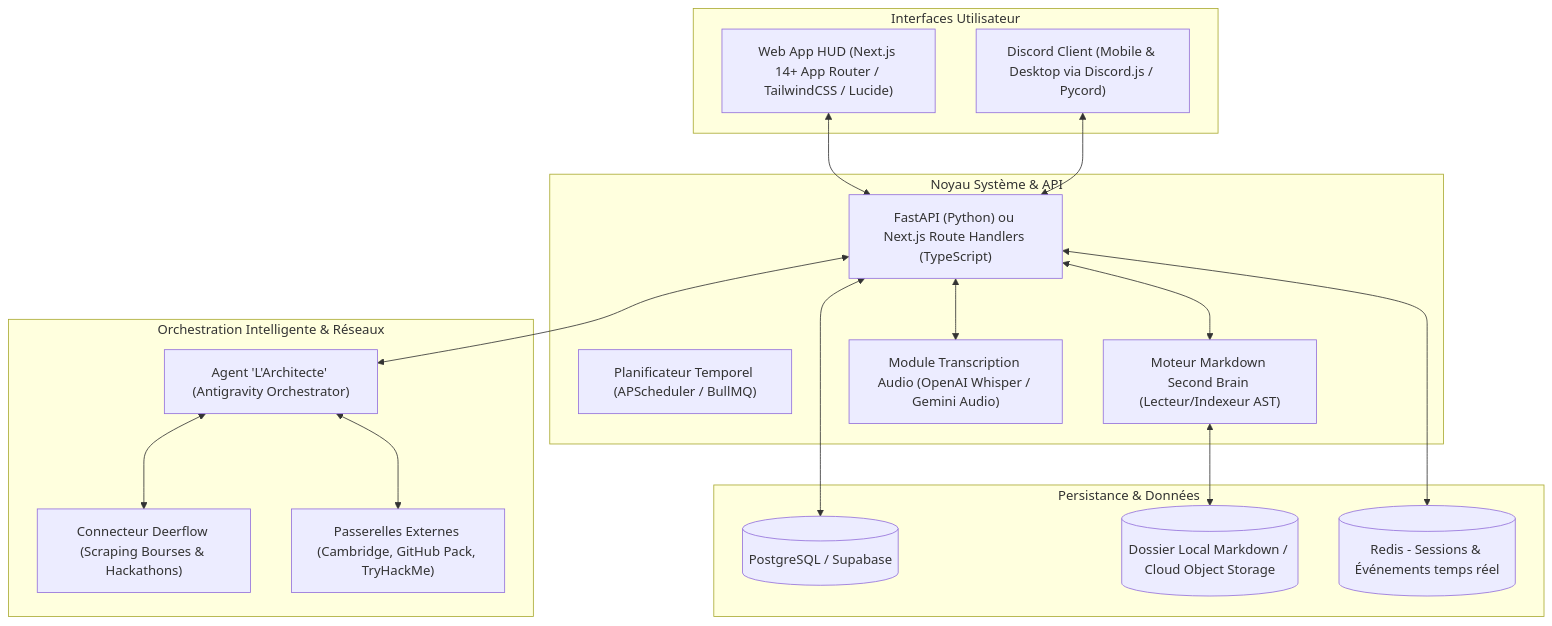
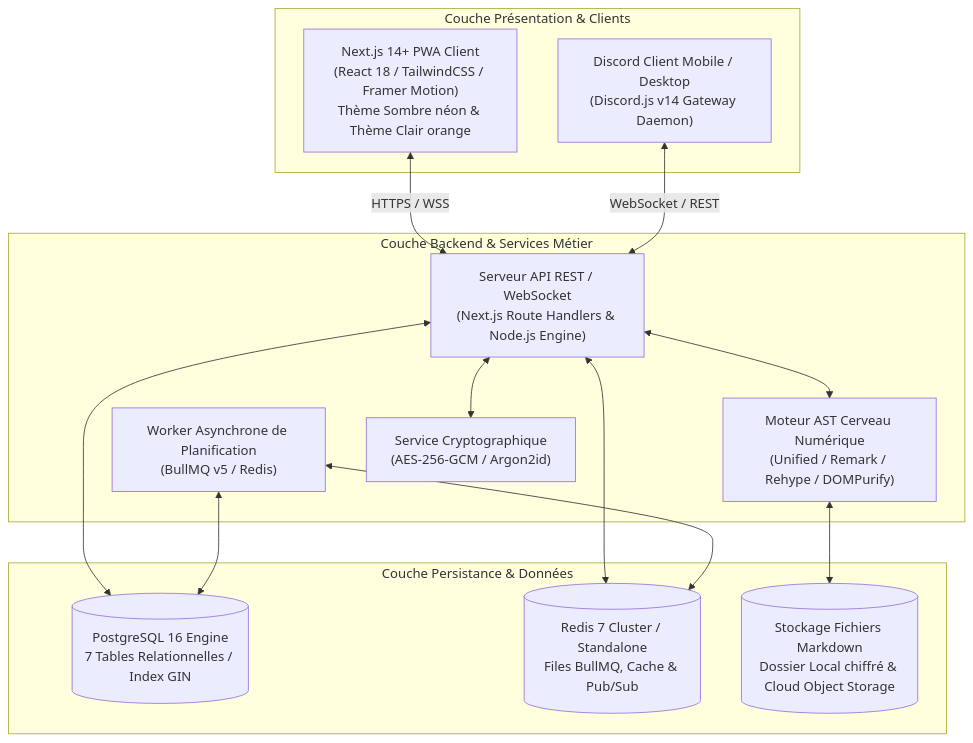
One commit to GeovanioH/LevelUp changed the second of 4 diagrams in docs/02-TRD.md. Above: the diagram before and after it, drawn with Mermaid. The commit also changed other lines of this file and 11 other files, not shown here.

Commit message:
docs: massively expand all foundational specs, architecture diagrams, Prisma schema, and test protocols

````diff
--- a/docs/02-TRD.md
+++ b/docs/02-TRD.md
@@ -11,37 +53,30 @@
 ```mermaid
 flowchart TD
-    subgraph Clients ["Interfaces Utilisateur"]
-        WebHUD["Web App HUD (Next.js 14+ App Router / TailwindCSS / Lucide)"]
-        DiscordClient["Discord Client (Mobile & Desktop via Discord.js / Pycord)"]
+    subgraph ClientTier ["Couche Présentation & Clients"]
+        WebPWA["Next.js 14+ PWA Client<br>(React 18 / TailwindCSS / Framer Motion)<br>Thème Sombre néon & Thème Clair orange"]
+        DiscordApp["Discord Client Mobile / Desktop<br>(Discord.js v14 Gateway Daemon)"]
     end
 
-    subgraph CoreBackend ["Noyau Système & API"]
-        API["FastAPI (Python) ou Next.js Route Handlers (TypeScript)"]
-        CronScheduler["Planificateur Temporel (APScheduler / BullMQ)"]
-        SecondBrain["Moteur Markdown Second Brain (Lecteur/Indexeur AST)"]
-        AudioTranscriber["Module Transcription Audio (OpenAI Whisper / Gemini Audio)"]
+    subgraph BackendTier ["Couche Backend & Services Métier"]
+        APIServer["Serveur API REST / WebSocket<br>(Next.js Route Handlers & Node.js Engine)"]
+        SchedulerWorker["Worker Asynchrone de Planification<br>(BullMQ v5 / Redis)"]
+        MarkdownEngine["Moteur AST Cerveau Numérique<br>(Unified / Remark / Rehype / DOMPurify)"]
+        CryptoService["Service Cryptographique<br>(AES-256-GCM / Argon2id)"]
     end
 
-    subgraph Storage ["Persistance & Données"]
-        DB[(PostgreSQL / Supabase)]
-        NotesStore[(Dossier Local Markdown / Cloud Object Storage)]
-        Cache[(Redis - Sessions & Événements temps réel)]
+    subgraph PersistenceTier ["Couche Persistance & Données"]
+        Postgres[(PostgreSQL 16 Engine<br>7 Tables Relationnelles / Index GIN)]
+        RedisStore[(Redis 7 Cluster / Standalone<br>Files BullMQ, Cache & Pub/Sub)]
+        FileSystem[(Stockage Fichiers Markdown<br>Dossier Local chiffré & Cloud Object Storage)]
     end
 
-    subgraph Agents ["Orchestration Intelligente & Réseaux"]
-        AntigravityAgent["Agent 'L'Architecte' (Antigravity Orchestrator)"]
-        DeerflowConnector["Connecteur Deerflow (Scraping Bourses & Hackathons)"]
-        ExternalGateways["Passerelles Externes (Cambridge, GitHub Pack, TryHackMe)"]
-    end
-
-    WebHUD <--> API
-    DiscordClient <--> API
-    API <--> DB
-    API <--> Cache
-    API <--> SecondBrain
-    SecondBrain <--> NotesStore
-    API <--> AudioTranscriber
-    API <--> AntigravityAgent
-    AntigravityAgent <--> DeerflowConnector
-    AntigravityAgent <--> ExternalGateways
+    WebPWA <-->|HTTPS / WSS| APIServer
+    DiscordApp <-->|WebSocket / REST| APIServer
+    APIServer <--> CryptoService
+    APIServer <--> MarkdownEngine
+    MarkdownEngine <--> FileSystem
+    APIServer <--> Postgres
+    APIServer <--> RedisStore
+    SchedulerWorker <--> RedisStore
+    SchedulerWorker <--> Postgres
 ```
````
